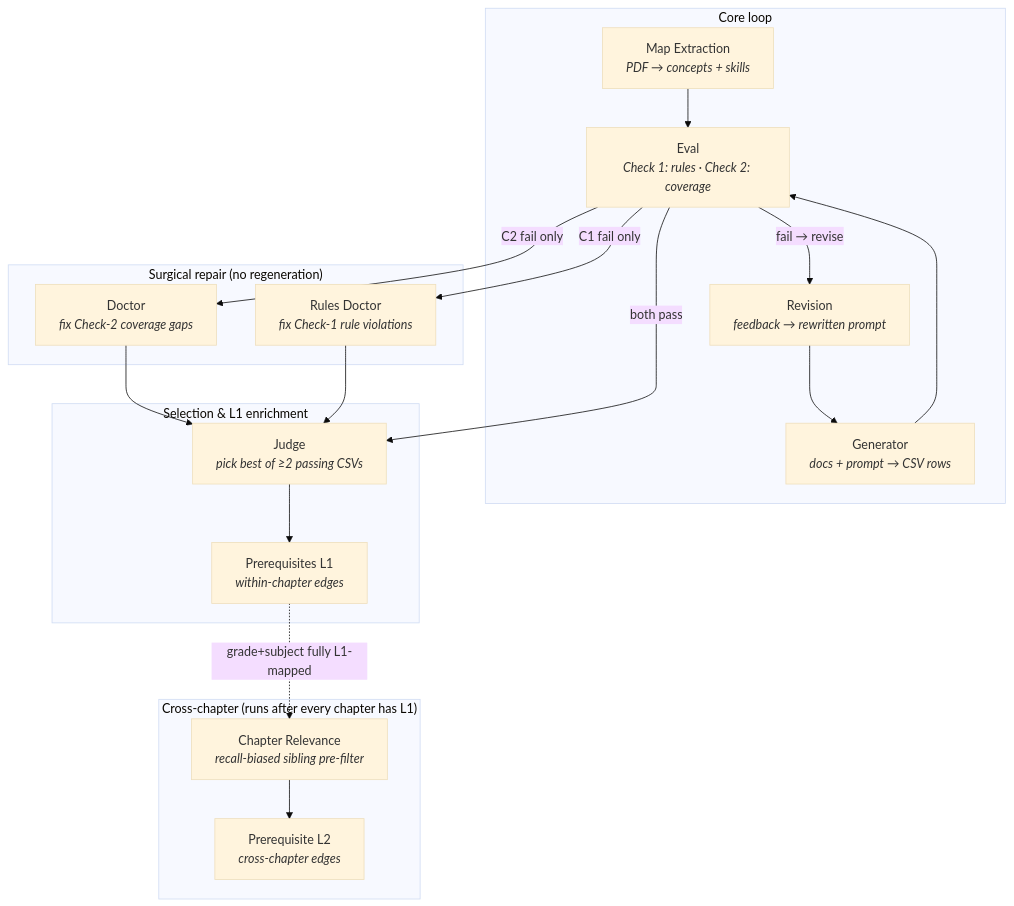
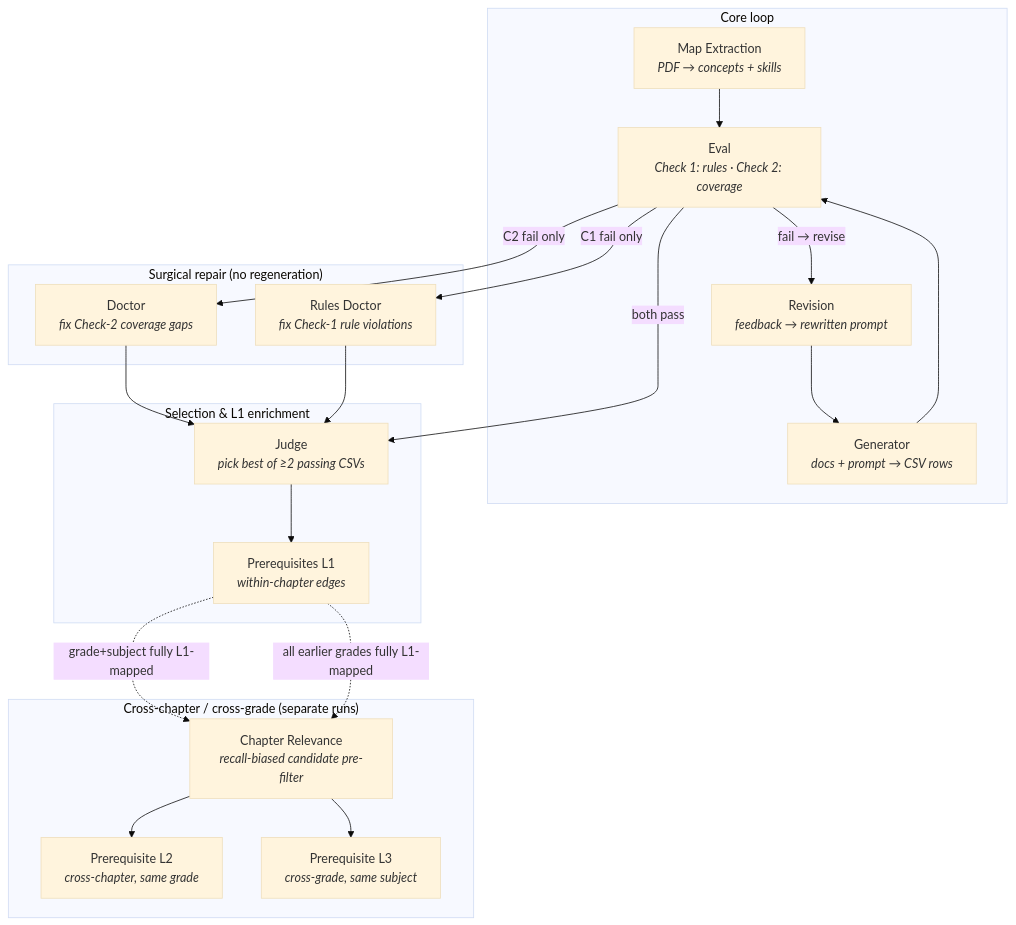
Before and after one commit to MaximusTitan/q-matrix-agents: the second of 5 diagrams in ARCHITECTURE.md, drawn with Mermaid (base theme). The commit also changed other lines of this file and 1 other file, not shown here.

First line of the commit message:
Reconcile README and ARCHITECTURE with actual code state

````diff
--- a/ARCHITECTURE.md
+++ b/ARCHITECTURE.md
@@ -113,34 +130,37 @@
 ```mermaid
 graph TD
     subgraph CORE["Core loop"]
         MAP["Map Extraction<br/><i>PDF → concepts + skills</i>"]
         GEN["Generator<br/><i>docs + prompt → CSV rows</i>"]
         EVAL["Eval<br/><i>Check 1: rules · Check 2: coverage</i>"]
         REV["Revision<br/><i>feedback → rewritten prompt</i>"]
     end
     subgraph REPAIR["Surgical repair (no regeneration)"]
         DOC["Doctor<br/><i>fix Check-2 coverage gaps</i>"]
         RDOC["Rules Doctor<br/><i>fix Check-1 rule violations</i>"]
     end
     subgraph FINAL["Selection & L1 enrichment"]
         JUDGE["Judge<br/><i>pick best of ≥2 passing CSVs</i>"]
         PRE["Prerequisites L1<br/><i>within-chapter edges</i>"]
     end
-    subgraph L2["Cross-chapter (runs after every chapter has L1)"]
-        SCREEN["Chapter Relevance<br/><i>recall-biased sibling pre-filter</i>"]
-        PREL2["Prerequisite L2<br/><i>cross-chapter edges</i>"]
+    subgraph L23["Cross-chapter / cross-grade (separate runs)"]
+        SCREEN["Chapter Relevance<br/><i>recall-biased candidate pre-filter</i>"]
+        PREL2["Prerequisite L2<br/><i>cross-chapter, same grade</i>"]
+        PREL3["Prerequisite L3<br/><i>cross-grade, same subject</i>"]
     end
 
     MAP --> EVAL
     GEN --> EVAL
     EVAL -->|C1 fail only| RDOC
     EVAL -->|C2 fail only| DOC
     EVAL -->|fail → revise| REV
     REV --> GEN
     DOC --> JUDGE
     RDOC --> JUDGE
     EVAL -->|both pass| JUDGE
     JUDGE --> PRE
     PRE -.grade+subject fully L1-mapped.-> SCREEN
+    PRE -.all earlier grades fully L1-mapped.-> SCREEN
     SCREEN --> PREL2
+    SCREEN --> PREL3
 ```
````
